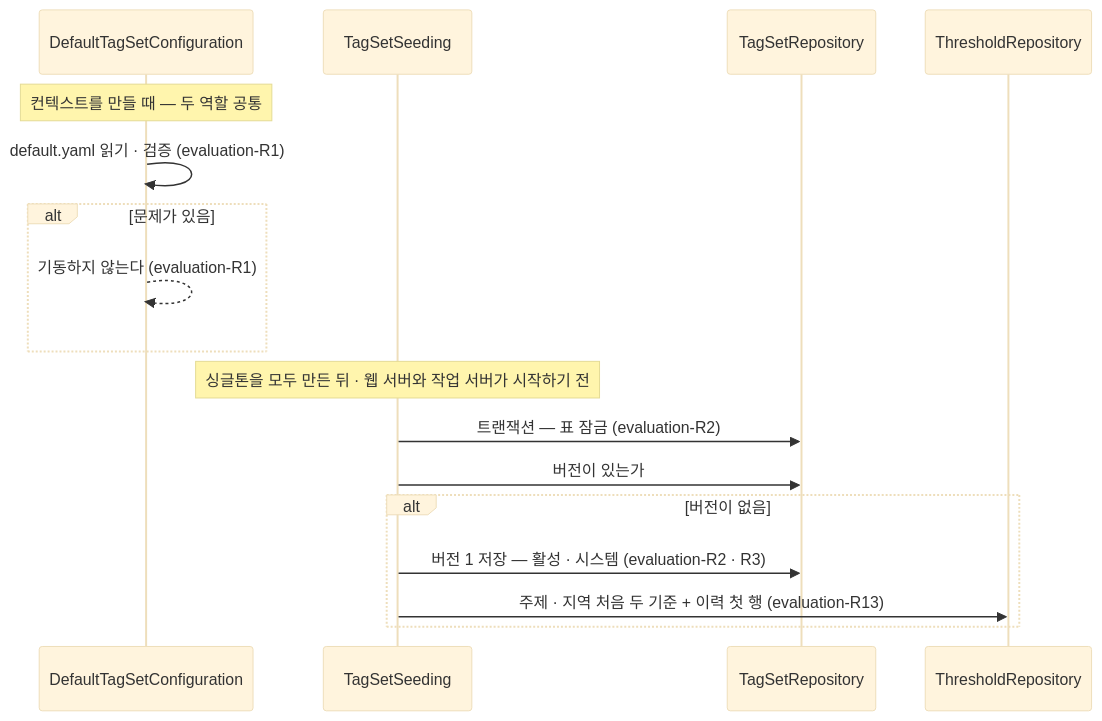
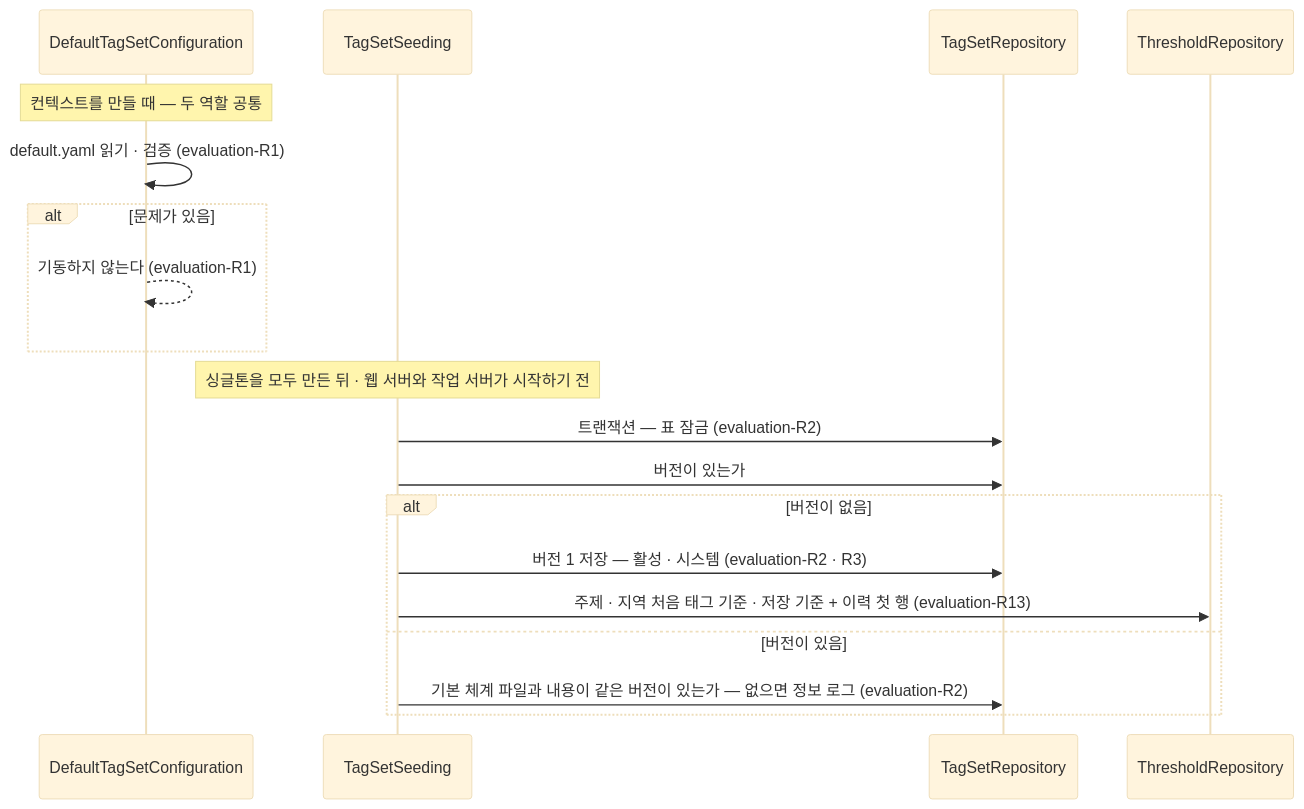
The first of 3 diagrams in docs/specs/evaluation.md (Theia0382/yozm-news), drawn with Mermaid (base theme) before and after one commit. The commit also changed other lines of this file and 10 other files, not shown here.

````diff
--- a/docs/specs/evaluation.md
+++ b/docs/specs/evaluation.md
@@ -288,20 +403,22 @@
 ```mermaid
 sequenceDiagram
     participant C as DefaultTagSetConfiguration
     participant S as TagSetSeeding
     participant TS as TagSetRepository
     participant TR as ThresholdRepository
 
     Note over C: 컨텍스트를 만들 때 — 두 역할 공통
     C->>C: default.yaml 읽기 · 검증 (evaluation-R1)
     alt 문제가 있음
         C-->>C: 기동하지 않는다 (evaluation-R1)
     end
     Note over S: 싱글톤을 모두 만든 뒤 · 웹 서버와 작업 서버가 시작하기 전
     S->>TS: 트랜잭션 — 표 잠금 (evaluation-R2)
     S->>TS: 버전이 있는가
     alt 버전이 없음
         S->>TS: 버전 1 저장 — 활성 · 시스템 (evaluation-R2 · R3)
-        S->>TR: 주제 · 지역 처음 두 기준 + 이력 첫 행 (evaluation-R13)
+        S->>TR: 주제 · 지역 처음 태그 기준 · 저장 기준 + 이력 첫 행 (evaluation-R13)
+    else 버전이 있음
+        S->>TS: 기본 체계 파일과 내용이 같은 버전이 있는가 — 없으면 정보 로그 (evaluation-R2)
     end
 ```
````
